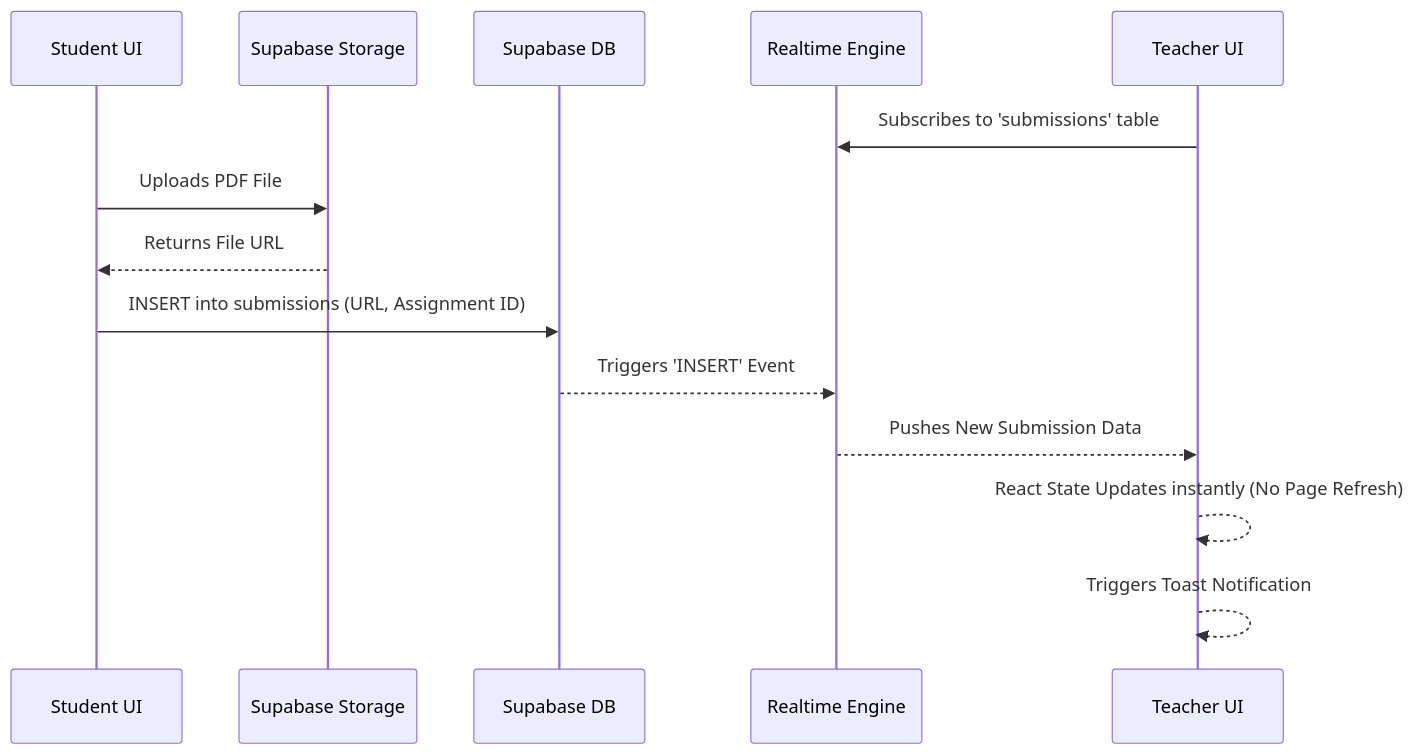
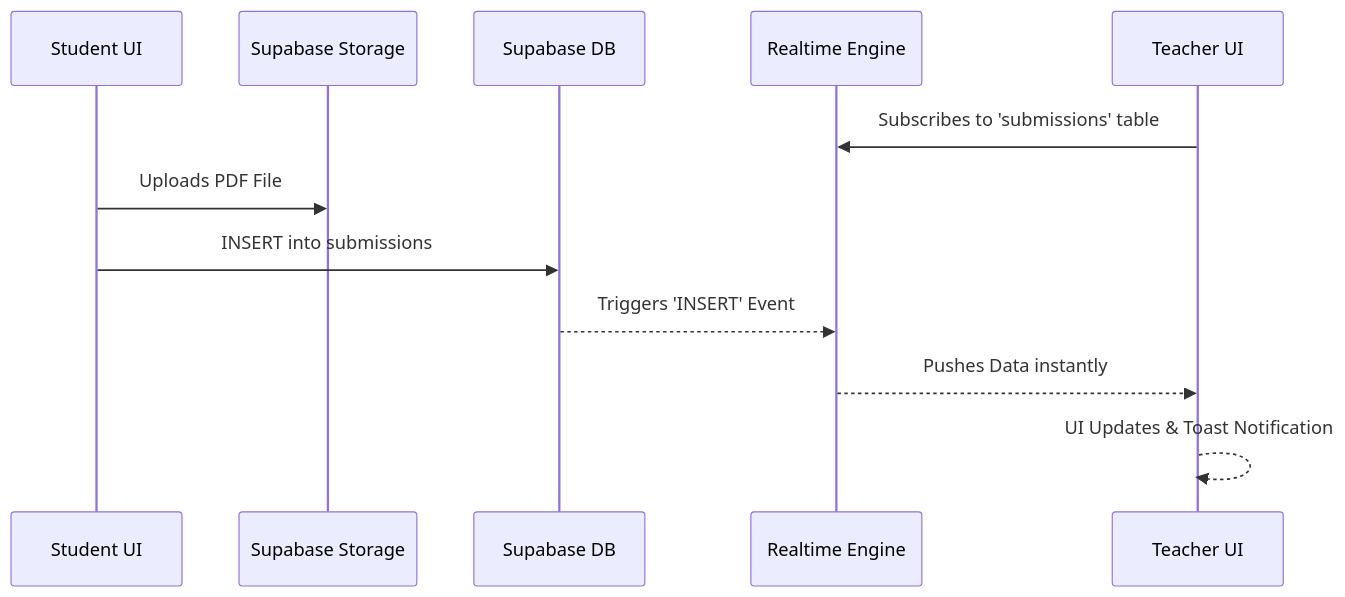
One commit to Eman-Nadeem/SyncLink changed the third of 4 diagrams in Report_1.md. Above: the diagram before and after it, drawn with Mermaid. The commit also changed other lines of this file and 28 other files, not shown here.

Commit message:
feat: implement complete frontend dashboard and authentication structure for student and teacher portals

````diff
--- a/Report_1.md
+++ b/Report_1.md
@@ -130,17 +141,15 @@
 ```mermaid
 sequenceDiagram
     participant Student as Student UI
     participant Storage as Supabase Storage
     participant DB as Supabase DB
     participant Socket as Realtime Engine
     participant Teacher as Teacher UI
 
     Teacher->>Socket: Subscribes to 'submissions' table
     Student->>Storage: Uploads PDF File
-    Storage-->>Student: Returns File URL
-    Student->>DB: INSERT into submissions (URL, Assignment ID)
+    Student->>DB: INSERT into submissions
     DB-->>Socket: Triggers 'INSERT' Event
-    Socket-->>Teacher: Pushes New Submission Data
-    Teacher-->>Teacher: React State Updates instantly (No Page Refresh)
-    Teacher-->>Teacher: Triggers Toast Notification
+    Socket-->>Teacher: Pushes Data instantly
+    Teacher-->>Teacher: UI Updates & Toast Notification
 ```
````
